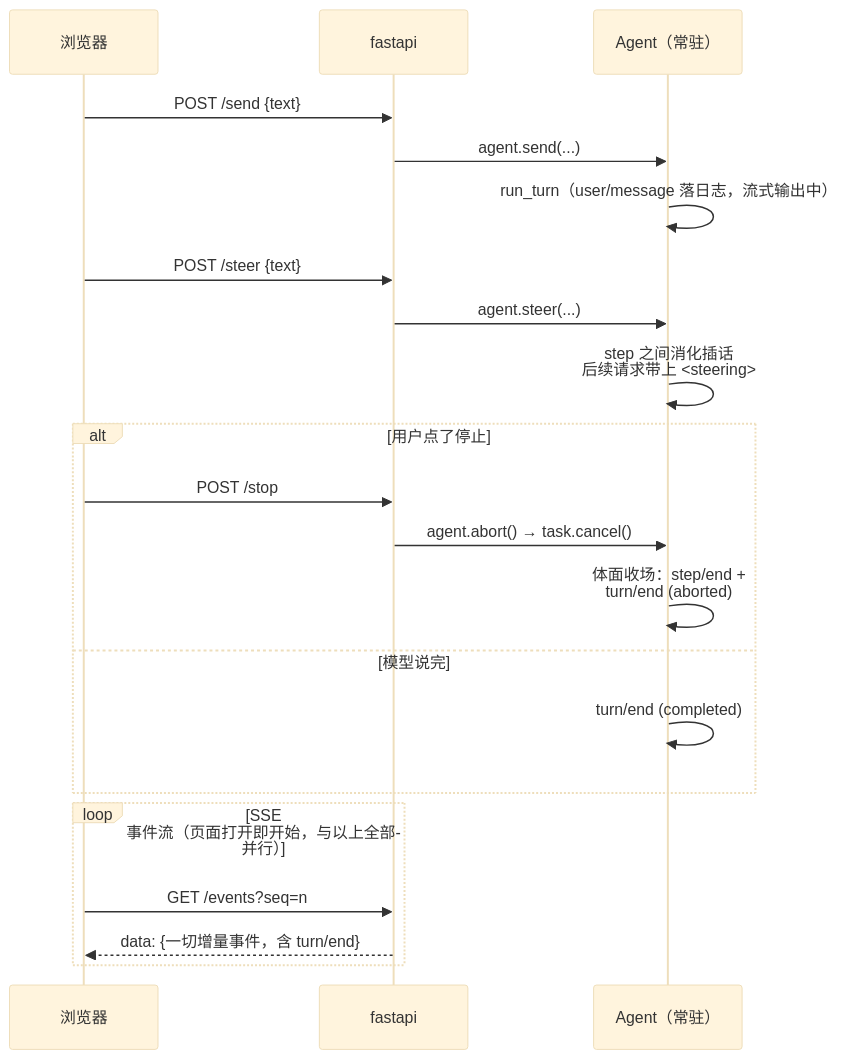
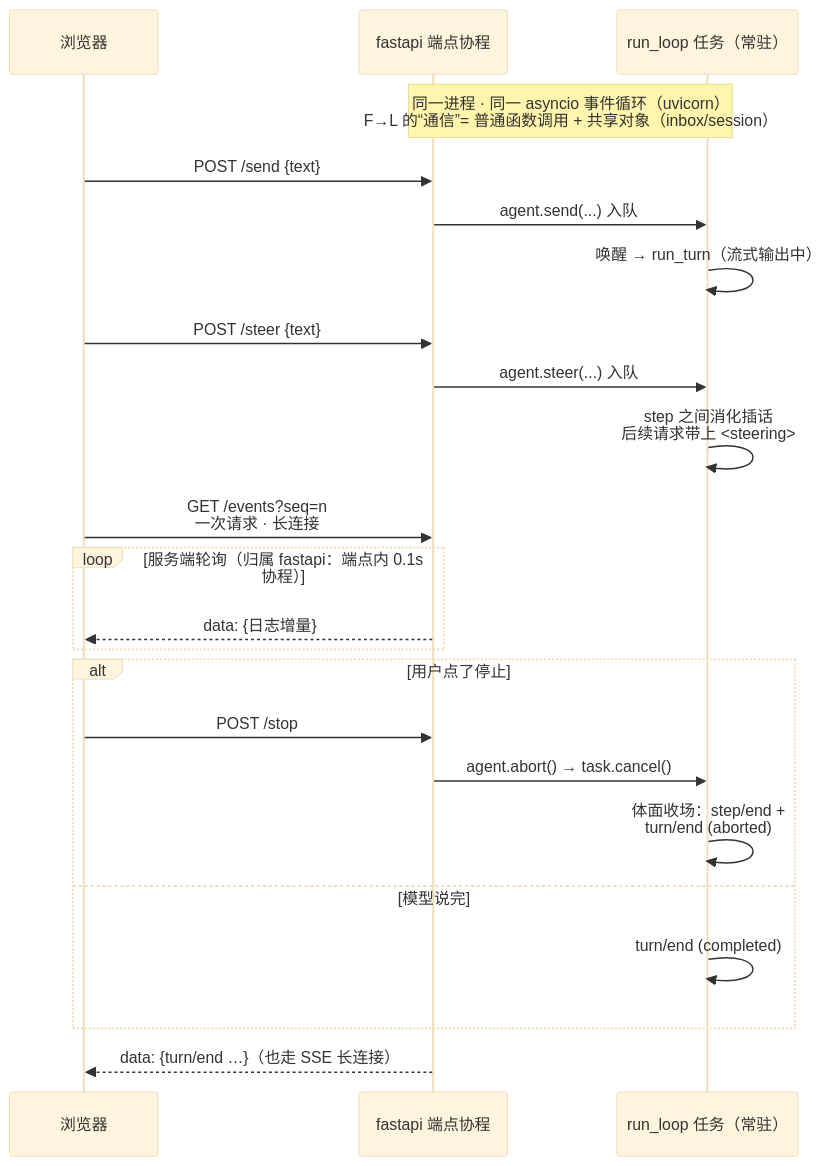
Before and after one commit to jesongit/learn-dsh: the diagram in notes/M2/04-事件日志的脸面Web-UI.md, drawn with Mermaid (base theme). The commit also changed other lines of this file, not shown here.

Commit message:
docs(M2-04): 时序图重构——三参与者（浏览器/fastapi 端点协程/run_loop 任务），标注同进程同事件循环；修正 SSE 长连接画法

````diff
--- a/notes/M2/04-事件日志的脸面Web-UI.md
+++ b/notes/M2/04-事件日志的脸面Web-UI.md
@@ -34,24 +34,26 @@
 ```mermaid
 %%{init: {"fontFamily": "Microsoft YaHei"}}%%
 sequenceDiagram
     participant B as 浏览器
-    participant F as fastapi
-    participant A as Agent（常驻）
+    participant F as fastapi 端点协程
+    participant L as run_loop 任务（常驻）
+    Note over F,L: 同一进程 · 同一 asyncio 事件循环（uvicorn）<br/>F→L 的“通信”= 普通函数调用 + 共享对象（inbox/session）
     B->>F: POST /send {text}
-    F->>A: agent.send(...)
-    A->>A: run_turn（user/message 落日志，流式输出中）
+    F->>L: agent.send(...) 入队
+    L->>L: 唤醒 → run_turn（流式输出中）
     B->>F: POST /steer {text}
-    F->>A: agent.steer(...)
-    A->>A: step 之间消化插话<br/>后续请求带上 <steering>
+    F->>L: agent.steer(...) 入队
+    L->>L: step 之间消化插话<br/>后续请求带上 <steering>
+    B->>F: GET /events?seq=n<br/>一次请求 · 长连接
+    loop 服务端轮询（归属 fastapi：端点内 0.1s 协程）
+        F-->>B: data: {日志增量}
+    end
     alt 用户点了停止
         B->>F: POST /stop
-        F->>A: agent.abort() → task.cancel()
-        A->>A: 体面收场：step/end +<br/>turn/end (aborted)
+        F->>L: agent.abort() → task.cancel()
+        L->>L: 体面收场：step/end +<br/>turn/end (aborted)
     else 模型说完
-        A->>A: turn/end (completed)
+        L->>L: turn/end (completed)
     end
-    loop SSE 事件流（页面打开即开始，与以上全部并行）
-        B->>F: GET /events?seq=n
-        F-->>B: data: {一切增量事件，含 turn/end}
-    end
+    F-->>B: data: {turn/end …}（也走 SSE 长连接）
 ```
````
